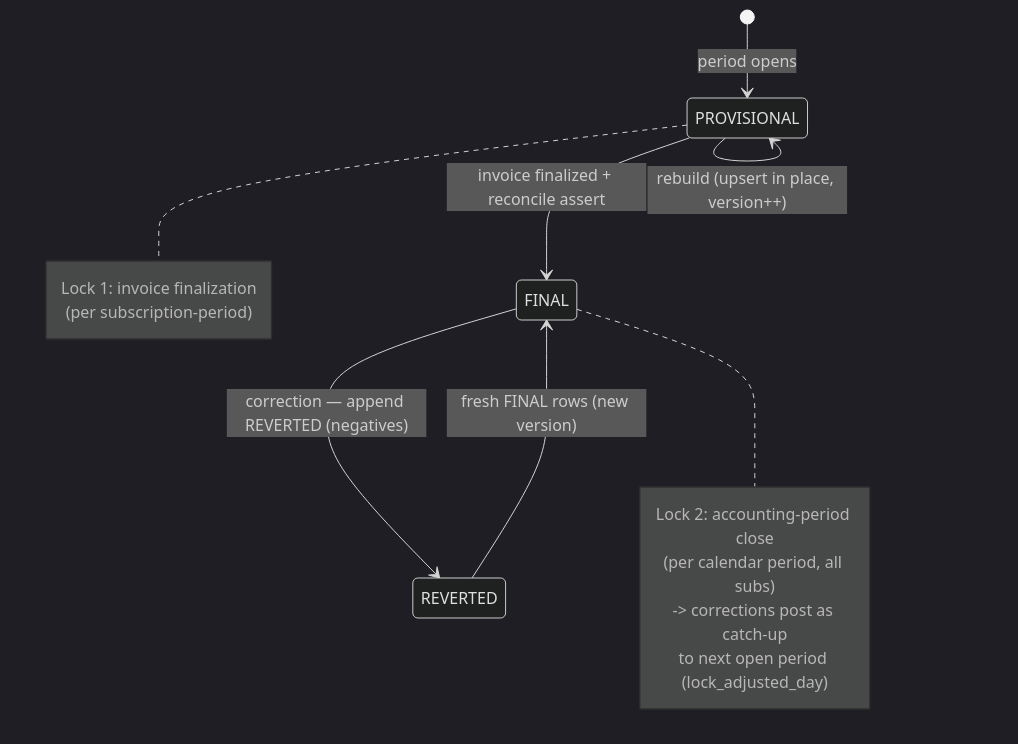
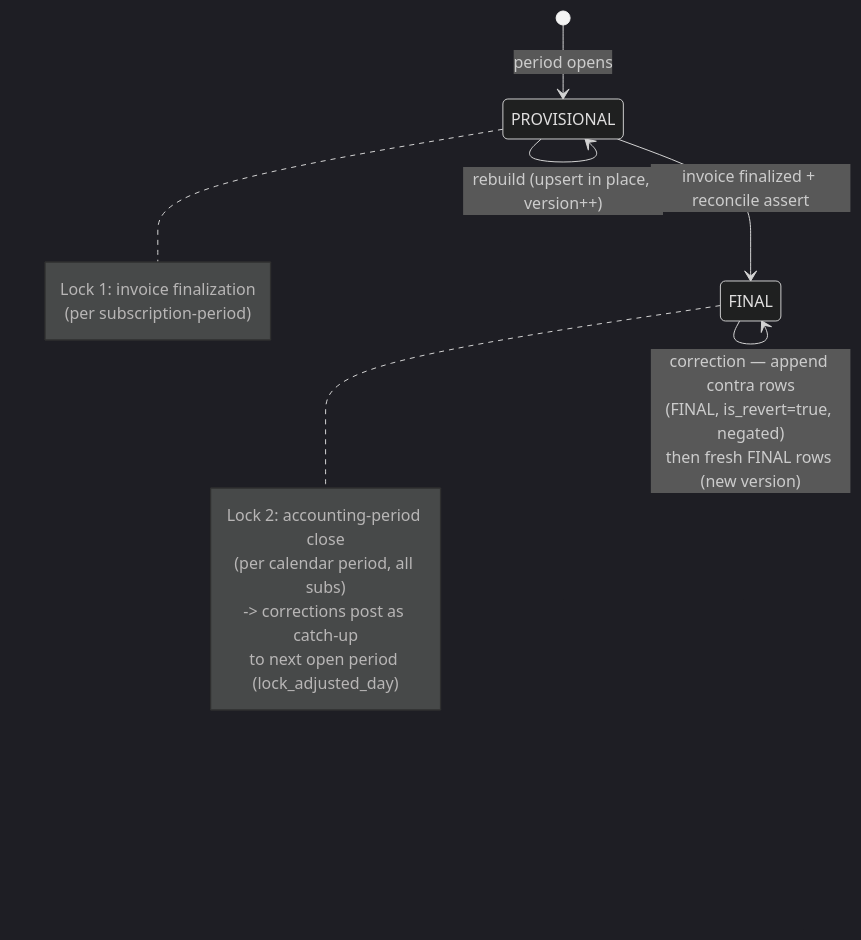
One commit to subratsahilgupta/flexprice changed the fifth of 6 diagrams in docs/design/2026-09-10-FLE-1257-analytics-platform-erd.md. Above: the diagram before and after it, drawn with Mermaid (dark theme). The commit also changed other lines of this file and 16 other files, not shown here.

````diff
--- a/docs/design/2026-09-10-FLE-1257-analytics-platform-erd.md
+++ b/docs/design/2026-09-10-FLE-1257-analytics-platform-erd.md
@@ -455,18 +455,17 @@
 ```mermaid
 stateDiagram-v2
     [*] --> PROVISIONAL: period opens
     PROVISIONAL --> PROVISIONAL: rebuild (upsert in place, version++)
     PROVISIONAL --> FINAL: invoice finalized + reconcile assert
-    FINAL --> REVERTED: correction — append REVERTED (negatives)
-    REVERTED --> FINAL: fresh FINAL rows (new version)
+    FINAL --> FINAL: correction — append contra rows<br/>(FINAL, is_revert=true, negated)<br/>then fresh FINAL rows (new version)
     note right of PROVISIONAL
         Lock 1: invoice finalization
         (per subscription-period)
     end note
     note right of FINAL
         Lock 2: accounting-period close
         (per calendar period, all subs)
         -> corrections post as catch-up
         to next open period (lock_adjusted_day)
     end note
 ```
````
